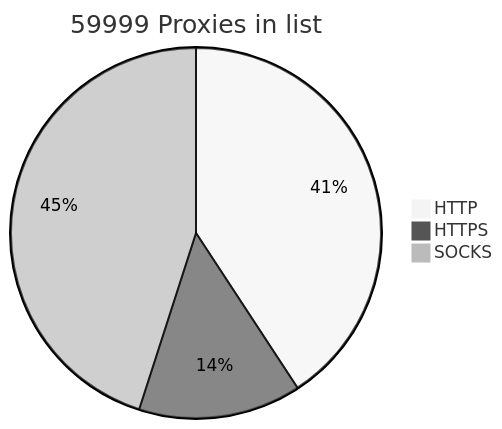
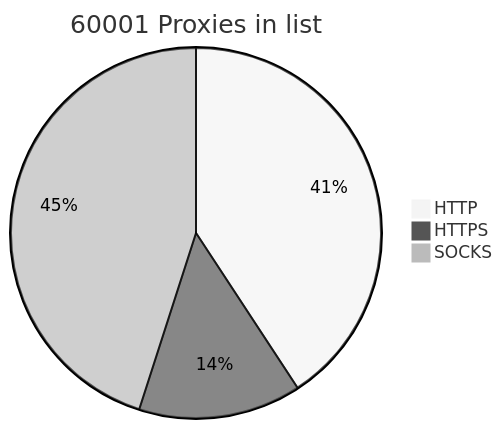
One commit to BlackSnowDot/proxylist-update-every-minute changed the diagram in README.md. Above: the diagram before and after it, drawn with Mermaid (neutral theme).

````diff
--- a/README.md
+++ b/README.md
@@ -2,6 +2,6 @@
 ```mermaid
-pie title 59999 Proxies in list
-    "HTTP" : 27658
+pie title 60001 Proxies in list
+    "HTTP" : 27656
     "HTTPS": 9634
-    "SOCKS" : 30559
+    "SOCKS" : 30561
 ```
````
